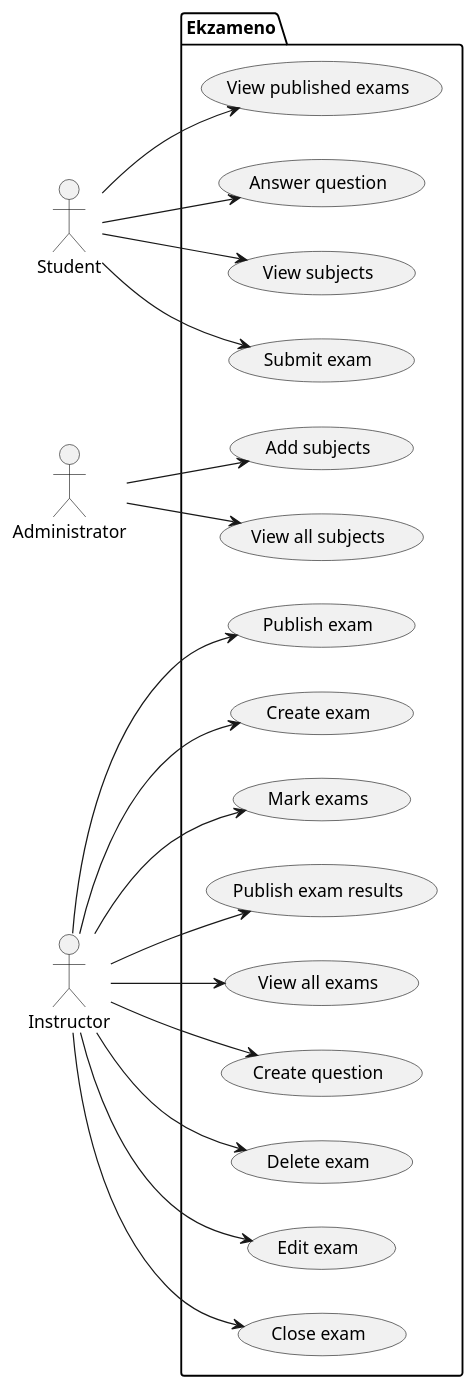
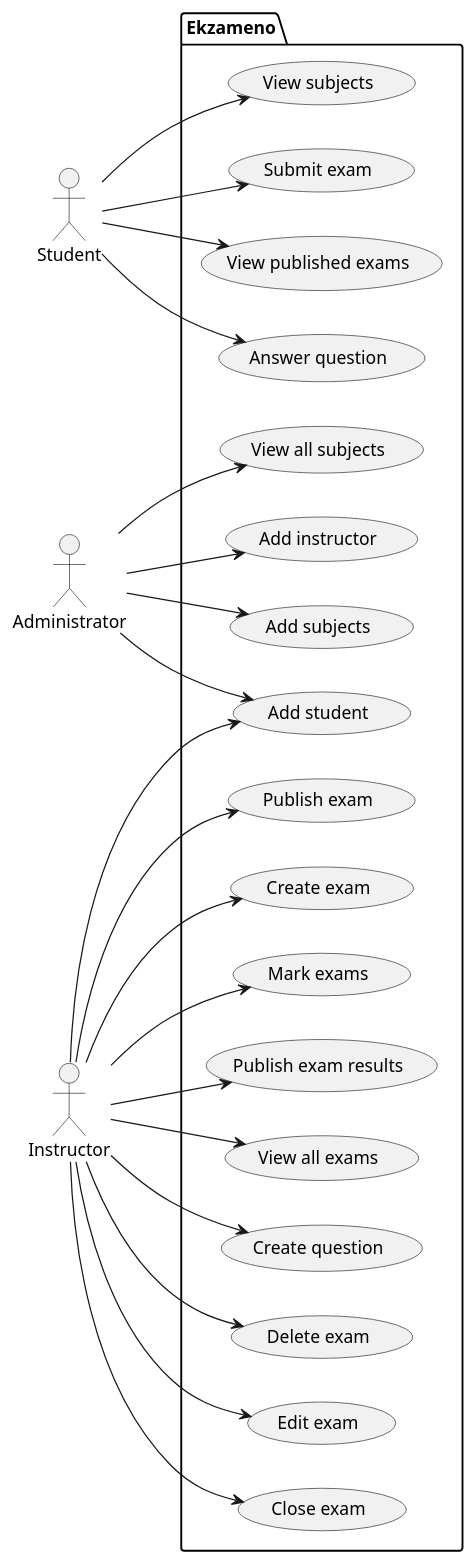
One commit to omjadas/ekzameno changed the diagram in docs/diagrams/useCase.puml. Above: the diagram before and after it, drawn with PlantUML.

Commit message:
docs(use-cases): add additional use cases

```diff
--- a/docs/diagrams/useCase.puml
+++ b/docs/diagrams/useCase.puml
@@ -1,45 +1,50 @@
 @startuml Use Case Diagram
 
 left to right direction
 
 actor Student
 actor Administrator
 actor Instructor
 
 package Ekzameno {
     usecase "Submit exam" as UC01
     usecase "Create exam" as UC02
     usecase "Mark exams" as UC03
     usecase "Publish exam results" as UC04
     usecase "Add subjects" as UC05
     usecase "View all subjects" as UC06
     usecase "Delete exam" as UC07
     usecase "Edit exam" as UC08
     usecase "Close exam" as UC09
     usecase "View published exams" as UC10
     usecase "Answer question" as UC11
     usecase "View subjects" as UC12
     usecase "Publish exam" as UC13
     usecase "View all exams" as UC14
     usecase "Create question" as UC15
+    usecase "Add instructor" as UC16
+    usecase "Add student" as UC17
 }
 
 Student --> UC01
 Student --> UC10
 Student --> UC11
 Student --> UC12
 
 Instructor --> UC02
 Instructor --> UC03
 Instructor --> UC04
 Instructor --> UC07
 Instructor --> UC08
 Instructor --> UC09
 Instructor --> UC13
 Instructor --> UC14
 Instructor --> UC15
+Instructor --> UC17
 
 Administrator --> UC05
 Administrator --> UC06
+Administrator --> UC16
+Administrator --> UC17
 
 @enduml
```
